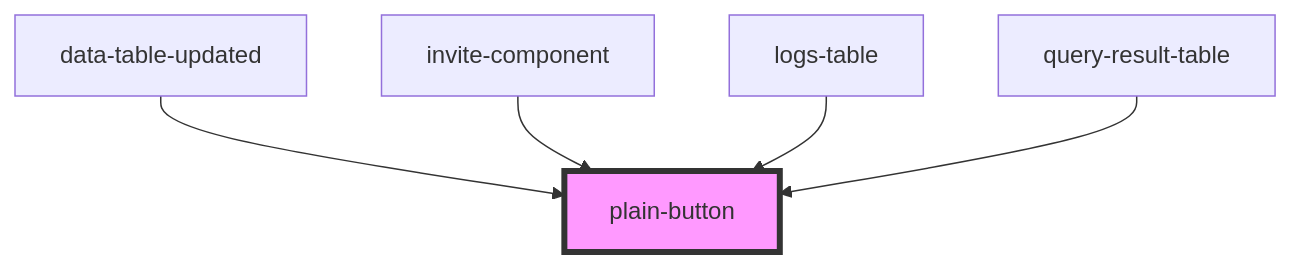
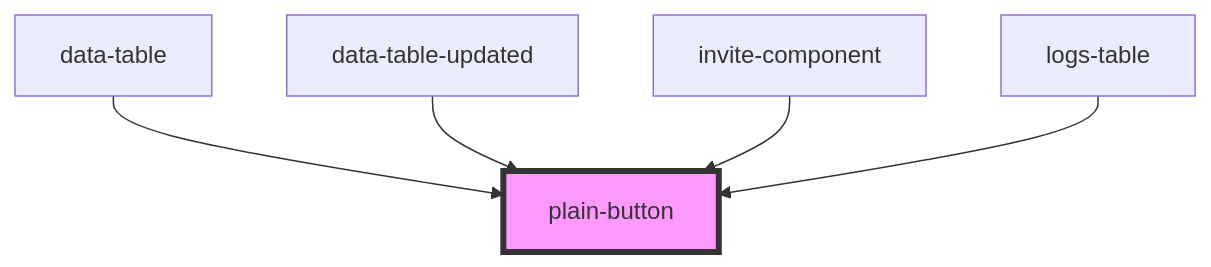
Before and after one commit to techvariable/NeptuneConnectComponents: the diagram in src/components/common/plain-button/readme.md, drawn with Mermaid. The commit also changed other lines of this file and 33 other files, not shown here.

````diff
--- a/src/components/common/plain-button/readme.md
+++ b/src/components/common/plain-button/readme.md
@@ -31,8 +31,8 @@
 ```mermaid
 graph TD;
+  data-table --> plain-button
   data-table-updated --> plain-button
   invite-component --> plain-button
   logs-table --> plain-button
-  query-result-table --> plain-button
   style plain-button fill:#f9f,stroke:#333,stroke-width:4px
 ```
````
